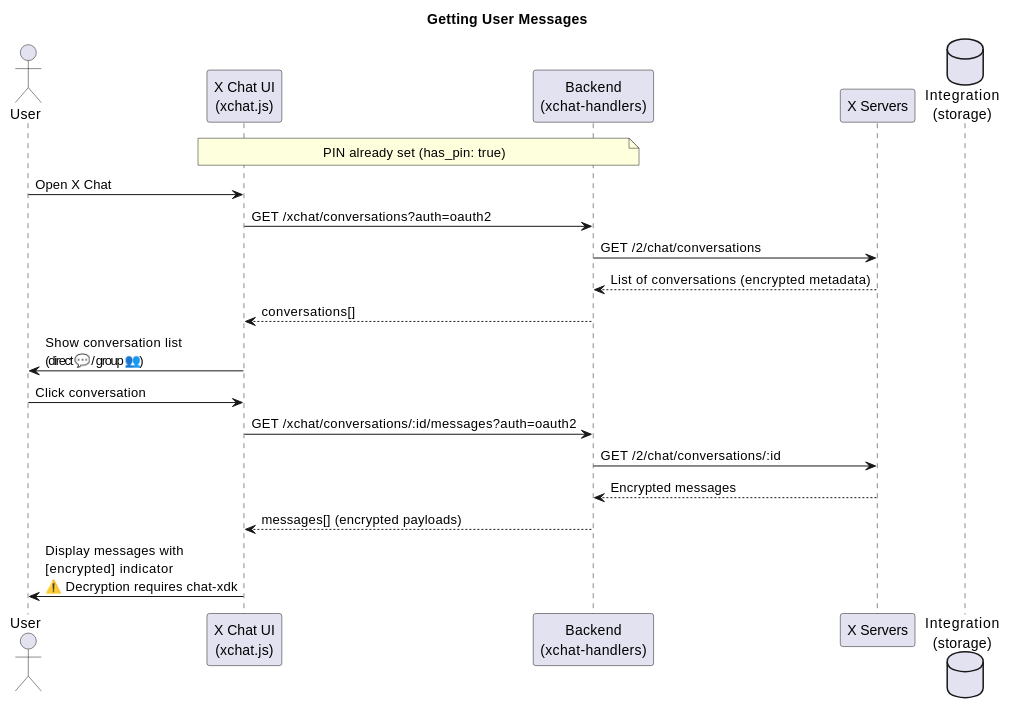
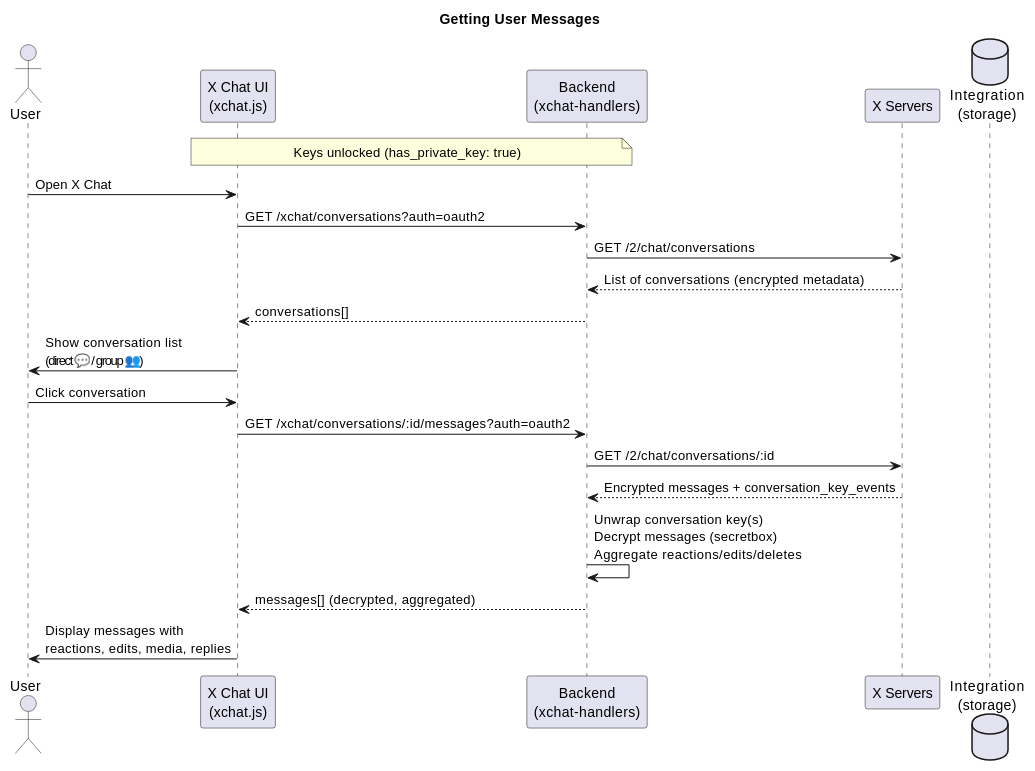
One commit to dmitryon/twitter-api-typescript-sdk changed the second of 6 diagrams in oauth-demo/xchat/XCHAT-FEATURE.md. Above: the diagram before and after it, drawn with PlantUML. The commit also changed other lines of this file and 1 other file, not shown here.

Commit message:
docs: update XCHAT-FEATURE.md to reflect multi-key versioned storage model

````diff
--- a/oauth-demo/xchat/XCHAT-FEATURE.md
+++ b/oauth-demo/xchat/XCHAT-FEATURE.md
@@ -220,27 +259,28 @@
 ```plantuml
 @startuml
 title Getting User Messages
 
 actor User
 participant "X Chat UI\n(xchat.js)" as UI
 participant "Backend\n(xchat-handlers)" as BE
 participant "X Servers" as X
 database "Integration\n(storage)" as DB
 
-note over UI, BE: PIN already set (has_pin: true)
+note over UI, BE: Keys unlocked (has_private_key: true)
 
 User -> UI: Open X Chat
 UI -> BE: GET /xchat/conversations?auth=oauth2
 BE -> X: GET /2/chat/conversations
 X --> BE: List of conversations (encrypted metadata)
 BE --> UI: conversations[]
 UI -> User: Show conversation list\n(direct 💬 / group 👥)
 
 User -> UI: Click conversation
 UI -> BE: GET /xchat/conversations/:id/messages?auth=oauth2
 BE -> X: GET /2/chat/conversations/:id
-X --> BE: Encrypted messages
-BE --> UI: messages[] (encrypted payloads)
-UI -> User: Display messages with\n[encrypted] indicator\n⚠️ Decryption requires chat-xdk
+X --> BE: Encrypted messages + conversation_key_events
+BE -> BE: Unwrap conversation key(s)\nDecrypt messages (secretbox)\nAggregate reactions/edits/deletes
+BE --> UI: messages[] (decrypted, aggregated)
+UI -> User: Display messages with\nreactions, edits, media, replies
 @enduml
 ```
````
